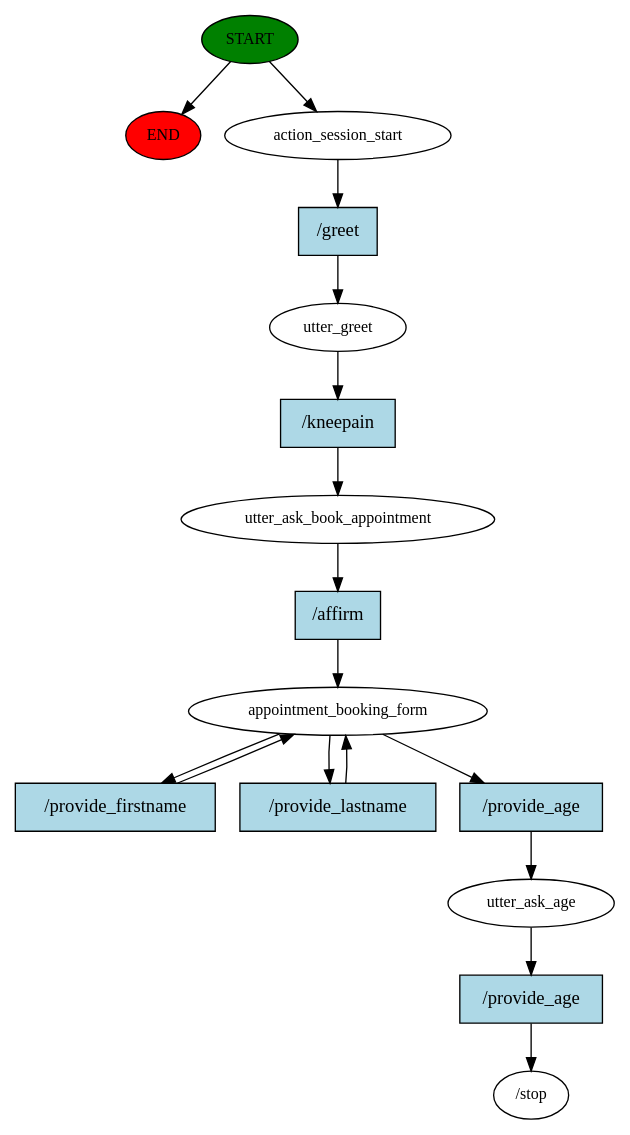
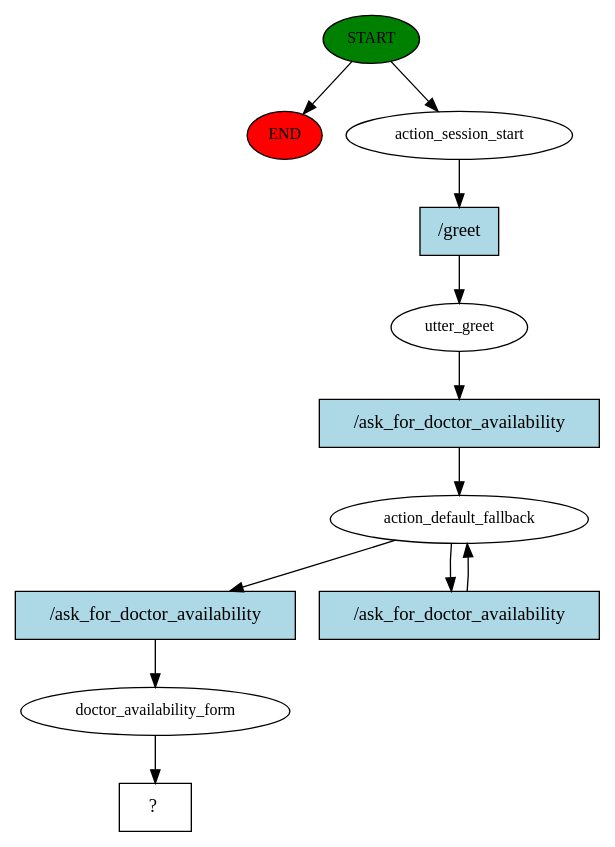
The diagram in story_graph.dot (jathushan-r/MediCareBuddy), drawn with Graphviz before and after one commit. The commit also changed 7 other files, not shown here.

Commit message:
Simple Doctor Appointment done

```diff
--- a/story_graph.dot
+++ b/story_graph.dot
@@ -1,33 +1,24 @@
 digraph  {
 0 [class="start active", fillcolor=green, fontsize=12, label=START, style=filled];
 "-1" [class=end, fillcolor=red, fontsize=12, label=END, style=filled];
 1 [class=active, fontsize=12, label=action_session_start];
 2 [class=active, fontsize=12, label=utter_greet];
-3 [class=active, fontsize=12, label=utter_ask_book_appointment];
-4 [class=active, fontsize=12, label=appointment_booking_form];
-7 [class=active, fontsize=12, label=utter_ask_age];
-8 [class="dashed active", fontsize=12, label="/stop"];
-9 [class="intent active", fillcolor=lightblue, label="/greet", shape=rect, style=filled];
-10 [class="intent active", fillcolor=lightblue, label="/kneepain", shape=rect, style=filled];
-11 [class="intent active", fillcolor=lightblue, label="/affirm", shape=rect, style=filled];
-12 [class="intent active", fillcolor=lightblue, label="/provide_firstname", shape=rect, style=filled];
-13 [class="intent active", fillcolor=lightblue, label="/provide_lastname", shape=rect, style=filled];
-14 [class="intent active", fillcolor=lightblue, label="/provide_age", shape=rect, style=filled];
-15 [class="intent active", fillcolor=lightblue, label="/provide_age", shape=rect, style=filled];
+3 [class=active, fontsize=12, label=action_default_fallback];
+5 [class=active, fontsize=12, label=doctor_availability_form];
+6 [class="intent dashed active", label="  ?  ", shape=rect];
+7 [class="intent active", fillcolor=lightblue, label="/greet", shape=rect, style=filled];
+8 [class="intent active", fillcolor=lightblue, label="/ask_for_doctor_availability", shape=rect, style=filled];
+9 [class="intent active", fillcolor=lightblue, label="/ask_for_doctor_availability", shape=rect, style=filled];
+10 [class="intent active", fillcolor=lightblue, label="/ask_for_doctor_availability", shape=rect, style=filled];
 0 -> "-1"  [class="", key=NONE, label=""];
 0 -> 1  [class=active, key=NONE, label=""];
-1 -> 9  [class=active, key=0];
-2 -> 10  [class=active, key=0];
-3 -> 11  [class=active, key=0];
-4 -> 12  [class=active, key=0];
-4 -> 13  [class=active, key=0];
-4 -> 14  [class=active, key=0];
-7 -> 15  [class=active, key=0];
-9 -> 2  [class=active, key=0];
+1 -> 7  [class=active, key=0];
+2 -> 8  [class=active, key=0];
+3 -> 9  [class=active, key=0];
+3 -> 10  [class=active, key=0];
+5 -> 6  [class=active, key=NONE, label=""];
+7 -> 2  [class=active, key=0];
+8 -> 3  [class=active, key=0];
+9 -> 5  [class=active, key=0];
 10 -> 3  [class=active, key=0];
-11 -> 4  [class=active, key=0];
-12 -> 4  [class=active, key=0];
-13 -> 4  [class=active, key=0];
-14 -> 7  [class=active, key=0];
-15 -> 8  [class=active, key=0];
 }
```
